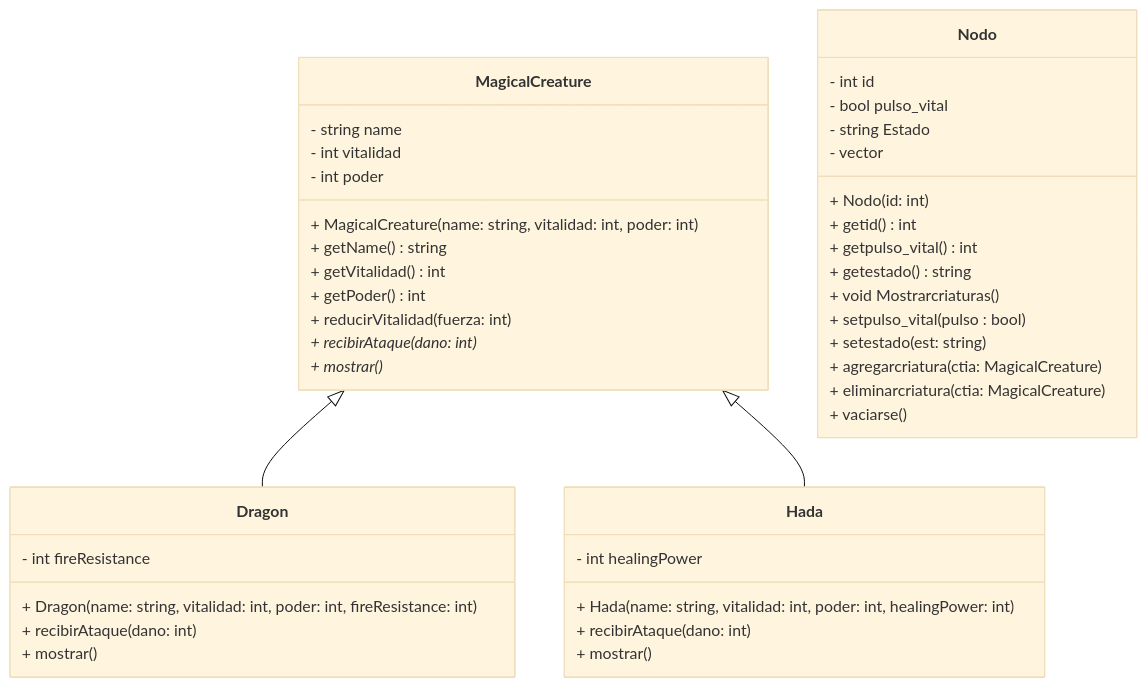
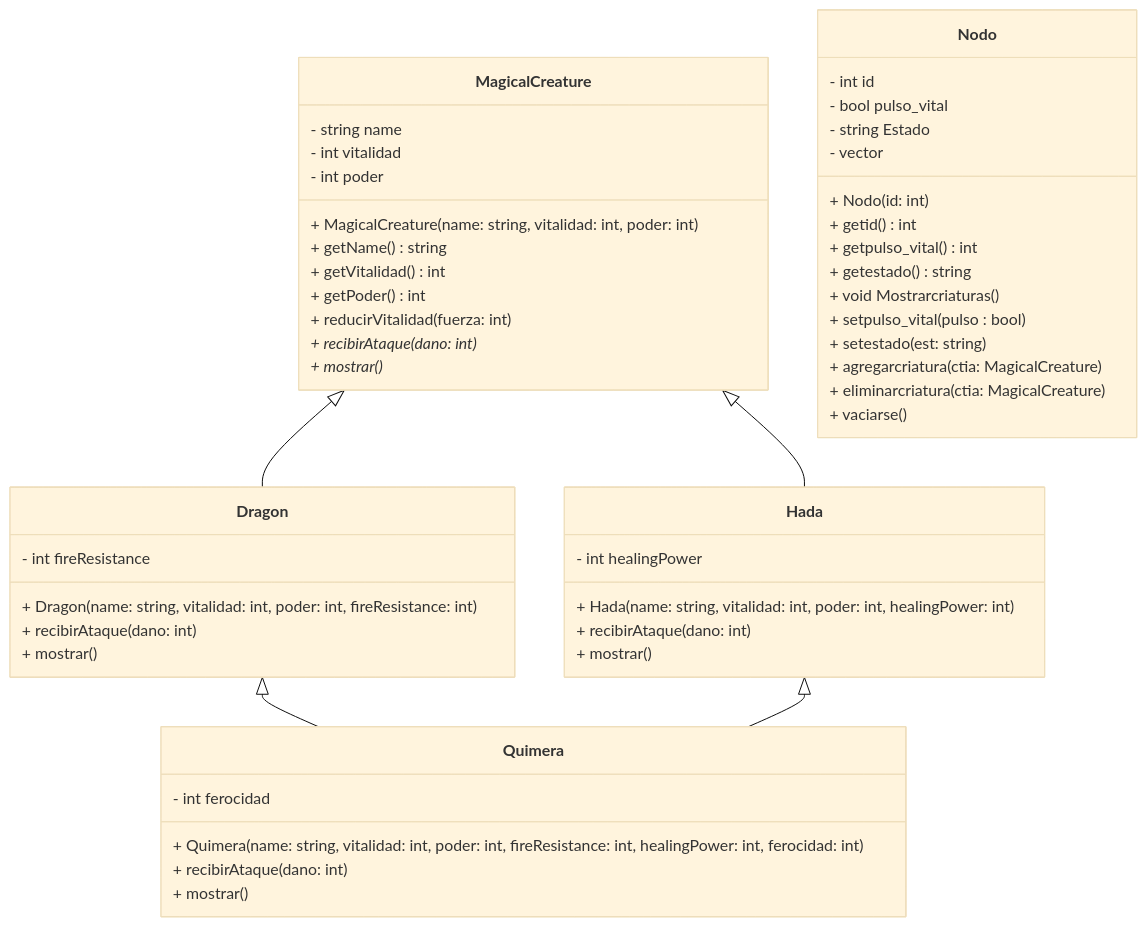
One commit to iarangou/MundoSangara changed the diagram in uml.md. Above: the diagram before and after it, drawn with Mermaid (base theme).

````diff
--- a/uml.md
+++ b/uml.md
@@ -1,50 +1,61 @@
 ```mermaid
 
 classDiagram
     class MagicalCreature {
         - string name
         - int vitalidad
         - int poder
         + MagicalCreature(name: string, vitalidad: int, poder: int)
         + getName() string
         + getVitalidad() int
         + getPoder() int
         + reducirVitalidad(fuerza: int)
         + recibirAtaque(dano: int)*
         + mostrar()*
     }
 
     class Dragon {
         - int fireResistance
         + Dragon(name: string, vitalidad: int, poder: int, fireResistance: int)
         + recibirAtaque(dano: int)
         + mostrar() 
     }
 
     class Hada {
         - int healingPower
         + Hada(name: string, vitalidad: int, poder: int, healingPower: int)
         + recibirAtaque(dano: int)
         + mostrar()
     }
 
-  class Nodo {
-    - int id
-    - bool pulso_vital
-    - string Estado
-    - vector <MagicalCreature>
-    + Nodo(id: int)
-    + getid() int
-    + getpulso_vital() int
-    + getestado() string
-    + void Mostrarcriaturas()
-    + setpulso_vital(pulso : bool)
-    + setestado(est: string)
-    + agregarcriatura(ctia: MagicalCreature)
-    + eliminarcriatura(ctia: MagicalCreature)
-    + vaciarse()
-  }
+    class Nodo {
+        - int id
+        - bool pulso_vital
+        - string Estado
+        - vector<MagicalCreature>
+        + Nodo(id: int)
+        + getid() int
+        + getpulso_vital() int
+        + getestado() string
+        + void Mostrarcriaturas()
+        + setpulso_vital(pulso : bool)
+        + setestado(est: string)
+        + agregarcriatura(ctia: MagicalCreature)
+        + eliminarcriatura(ctia: MagicalCreature)
+        + vaciarse()
+    }
+
+    class Quimera {
+        - int ferocidad
+        + Quimera(name: string, vitalidad: int, poder: int, fireResistance: int, healingPower: int, ferocidad: int)
+        + recibirAtaque(dano: int)
+        + mostrar()
+    }
 
     MagicalCreature <|-- Dragon
     MagicalCreature <|-- Hada
+    Dragon <|-- Quimera
+    Hada <|-- Quimera
+
+
 ```
````
